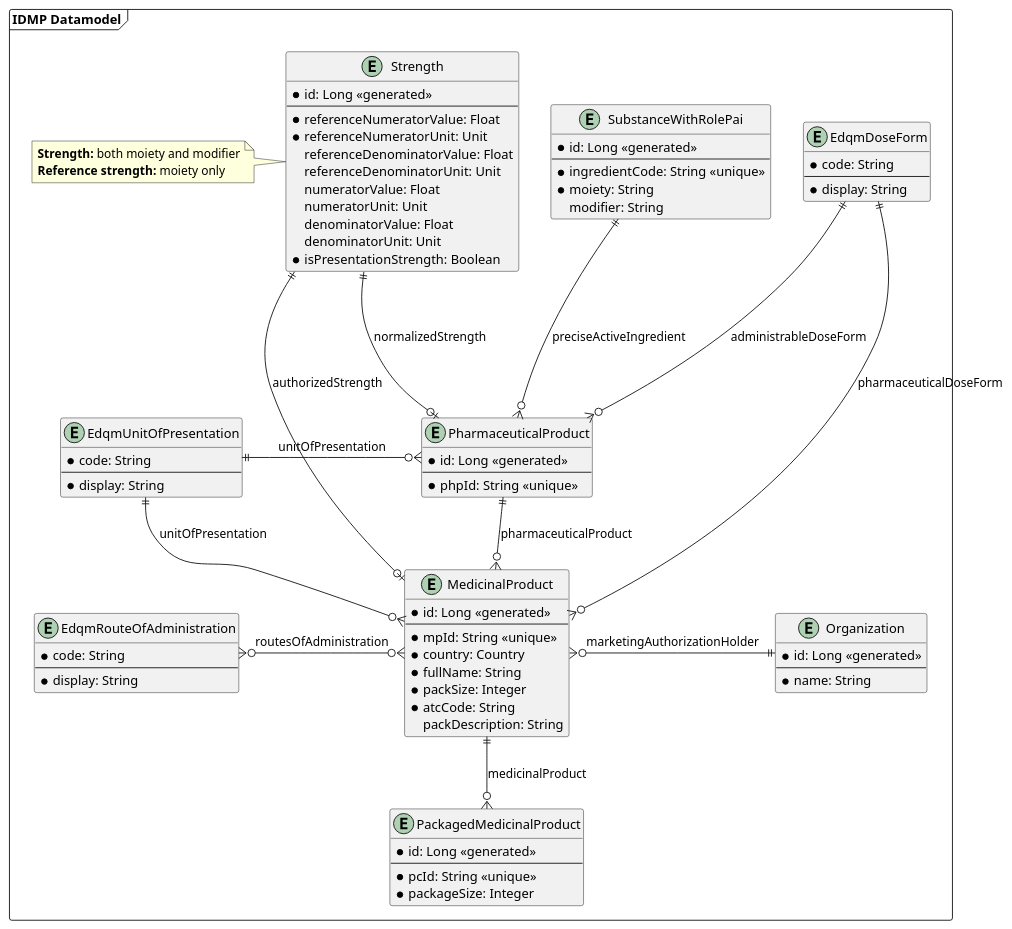
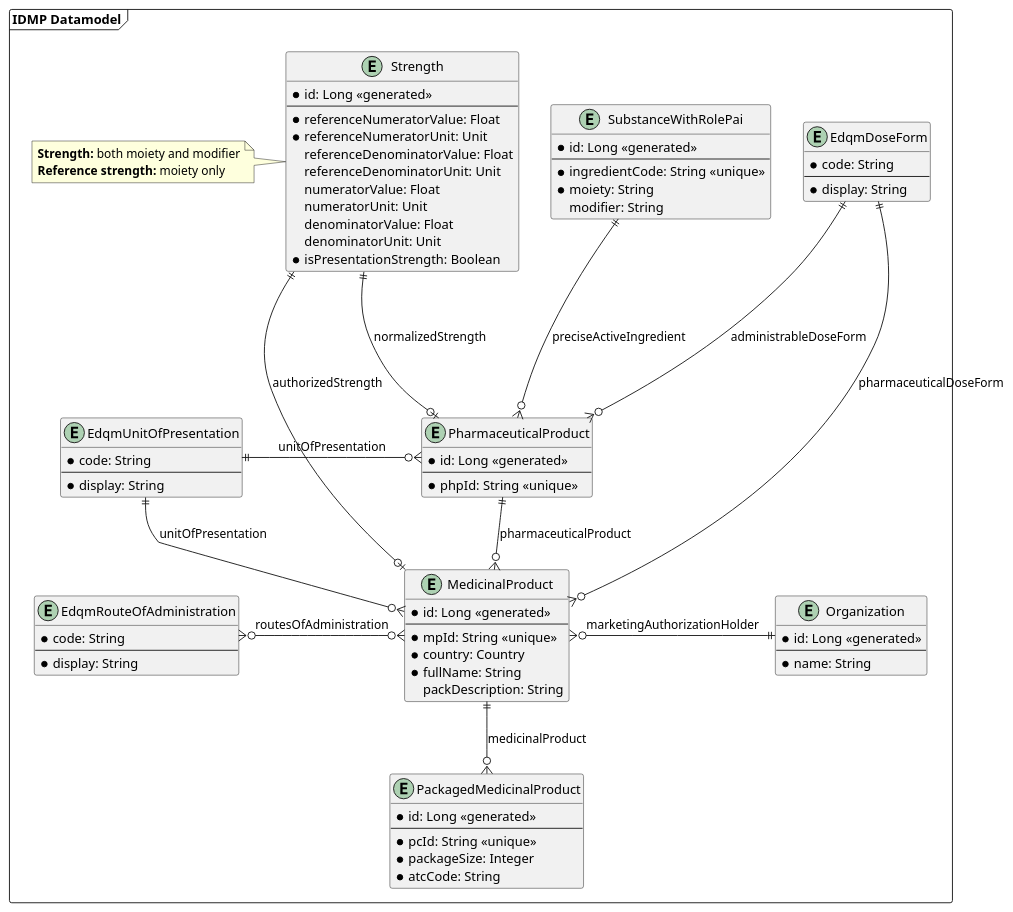
One commit to unicom-project-eu/wp6-db-api changed the diagram in uml/class/datamodel.puml. Above: the diagram before and after it, drawn with PlantUML. The commit also changed 3 other files, not shown here.

```diff
--- a/uml/class/datamodel.puml
+++ b/uml/class/datamodel.puml
@@ -1,98 +1,97 @@
 @startuml
 'https://plantuml.com/class-diagram
 
 package "IDMP Datamodel" as idmpDatamodel <<frame>> {
     entity EdqmRouteOfAdministration {
         * code: String
         --
         * display: String
     }
 
     entity EdqmUnitOfPresentation {
         * code: String
         --
         * display: String
     }
 
     together {
         entity EdqmDoseForm {
             * code: String
             --
             * display: String
         }
 
         entity Strength {
             * id: Long <<generated>>
             --
             * referenceNumeratorValue: Float
             * referenceNumeratorUnit: Unit
             referenceDenominatorValue: Float
             referenceDenominatorUnit: Unit
             numeratorValue: Float
             numeratorUnit: Unit
             denominatorValue: Float
             denominatorUnit: Unit
             * isPresentationStrength: Boolean
         }
 
         entity SubstanceWithRolePai {
             * id: Long <<generated>>
             --
             * ingredientCode: String <<unique>>
             * moiety: String
             modifier: String
         }
 
         note left of Strength {
                     **Strength:** both moiety and modifier
                     **Reference strength:** moiety only
                 }
     }
 
     entity PharmaceuticalProduct {
         * id: Long <<generated>>
         --
         * phpId: String <<unique>>
     }
 
     entity MedicinalProduct {
         * id: Long <<generated>>
         --
         * mpId: String <<unique>>
         * country: Country
         * fullName: String
-        * packSize: Integer
-        * atcCode: String
         packDescription: String
     }
 
     entity PackagedMedicinalProduct {
         * id: Long <<generated>>
         --
         * pcId: String <<unique>>
         * packageSize: Integer
+        * atcCode: String
     }
 
     entity Organization {
         * id: Long <<generated>>
         --
         * name: String
     }
 
     EdqmUnitOfPresentation ||-o{ PharmaceuticalProduct : unitOfPresentation
     EdqmUnitOfPresentation ||--o{ MedicinalProduct : unitOfPresentation
 
     SubstanceWithRolePai ||---o{ PharmaceuticalProduct : preciseActiveIngredient
     EdqmDoseForm ||---o{ PharmaceuticalProduct : administrableDoseForm
     Strength ||---o| PharmaceuticalProduct : normalizedStrength
 
     PharmaceuticalProduct ||--o{ MedicinalProduct : pharmaceuticalProduct
 
     MedicinalProduct ||--o{ PackagedMedicinalProduct : medicinalProduct
     MedicinalProduct }o--|| EdqmDoseForm : pharmaceuticalDoseForm
     MedicinalProduct |o--|| Strength : authorizedStrength
     EdqmRouteOfAdministration }o-o{ MedicinalProduct : routesOfAdministration
 
     MedicinalProduct }o-|| Organization : marketingAuthorizationHolder
 }
 @enduml
```
